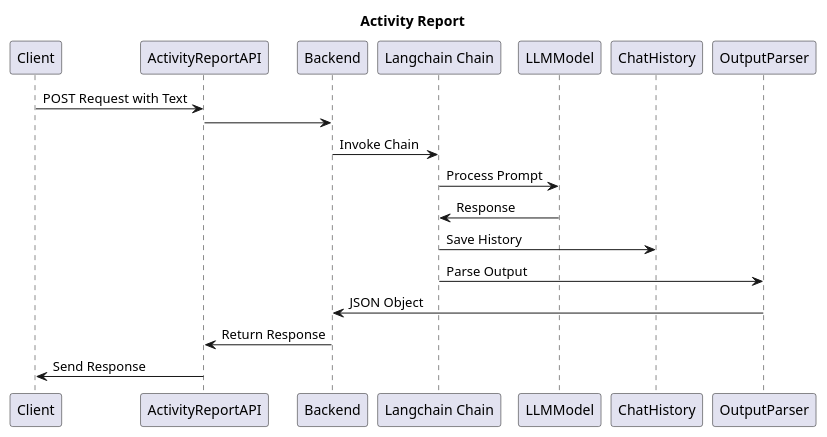
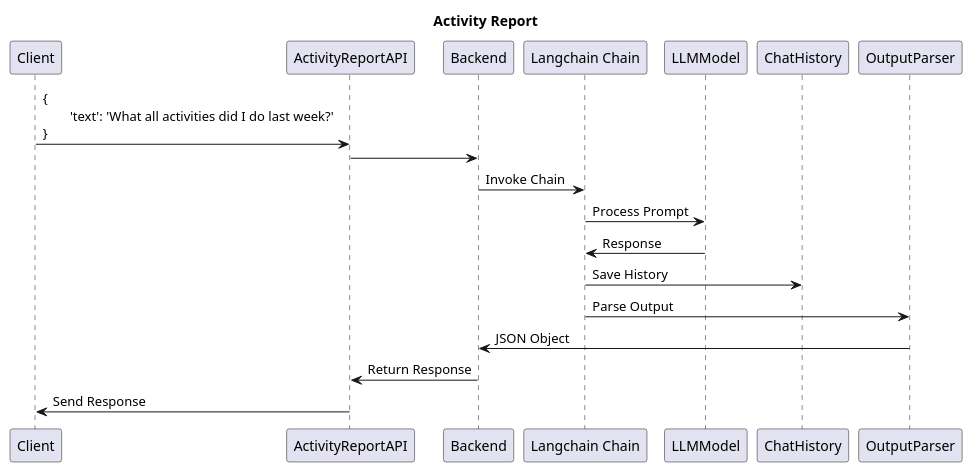
Before and after one commit to pareshvpatil/activity-tracker-chatbot: the second of 2 diagrams in docs/workflow.puml, drawn with PlantUML. The commit also changed other lines of this file, not shown here.

Commit message:
Modified: workflow puml diagrams

```diff
--- a/docs/workflow.puml
+++ b/docs/workflow.puml
@@ -16,14 +16,14 @@
 @startuml
 title Activity Report
 
-Client -> ActivityReportAPI : POST Request with Text
+Client -> ActivityReportAPI : { \n\t'text': 'What all activities did I do last week?'\n}
 ActivityReportAPI -> Backend
 Backend -> "Langchain Chain" : Invoke Chain
 "Langchain Chain" -> LLMModel : Process Prompt
 LLMModel -> "Langchain Chain" : Response
 "Langchain Chain" -> ChatHistory : Save History
 "Langchain Chain" -> OutputParser : Parse Output
 OutputParser -> Backend : JSON Object
 Backend -> ActivityReportAPI : Return Response
 ActivityReportAPI -> Client : Send Response
 @enduml
```
